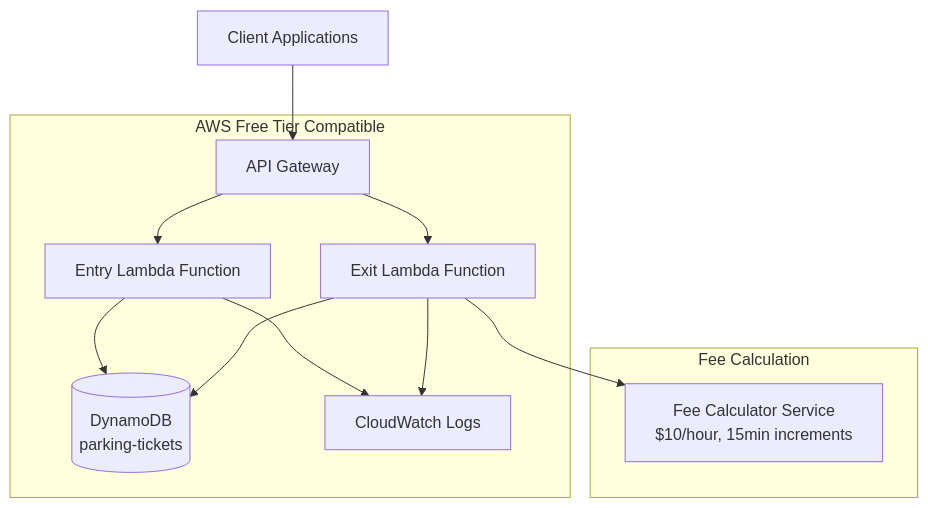
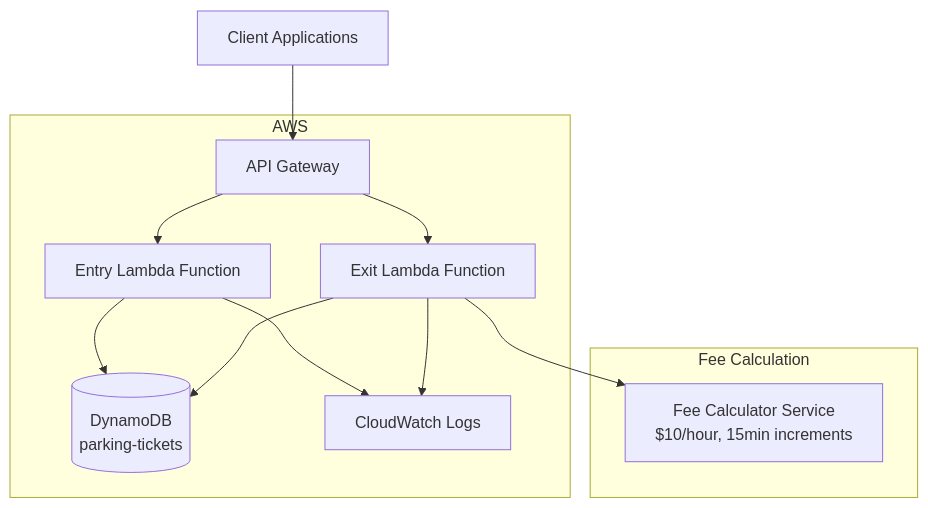
The diagram in README.md (ohadvaknin/Cloud-ex1), drawn with Mermaid before and after one commit. The commit also changed other lines of this file, not shown here.

````diff
--- a/README.md
+++ b/README.md
@@ -7,26 +7,26 @@
 ```mermaid
 graph TB
     Client[Client Applications] --> APIGW[API Gateway]
     APIGW --> EntryLambda[Entry Lambda Function]
     APIGW --> ExitLambda[Exit Lambda Function]
     
     EntryLambda --> DDB[(DynamoDB<br/>parking-tickets)]
     ExitLambda --> DDB
     
     EntryLambda --> CW[CloudWatch Logs]
     ExitLambda --> CW
     
-    subgraph "AWS Free Tier Compatible"
+    subgraph "AWS"
         APIGW
         EntryLambda
         ExitLambda
         DDB
         CW
     end
     
     subgraph "Fee Calculation"
         FeeCalc[Fee Calculator Service<br/>$10/hour, 15min increments]
     end
     
     ExitLambda --> FeeCalc
 ```
````
